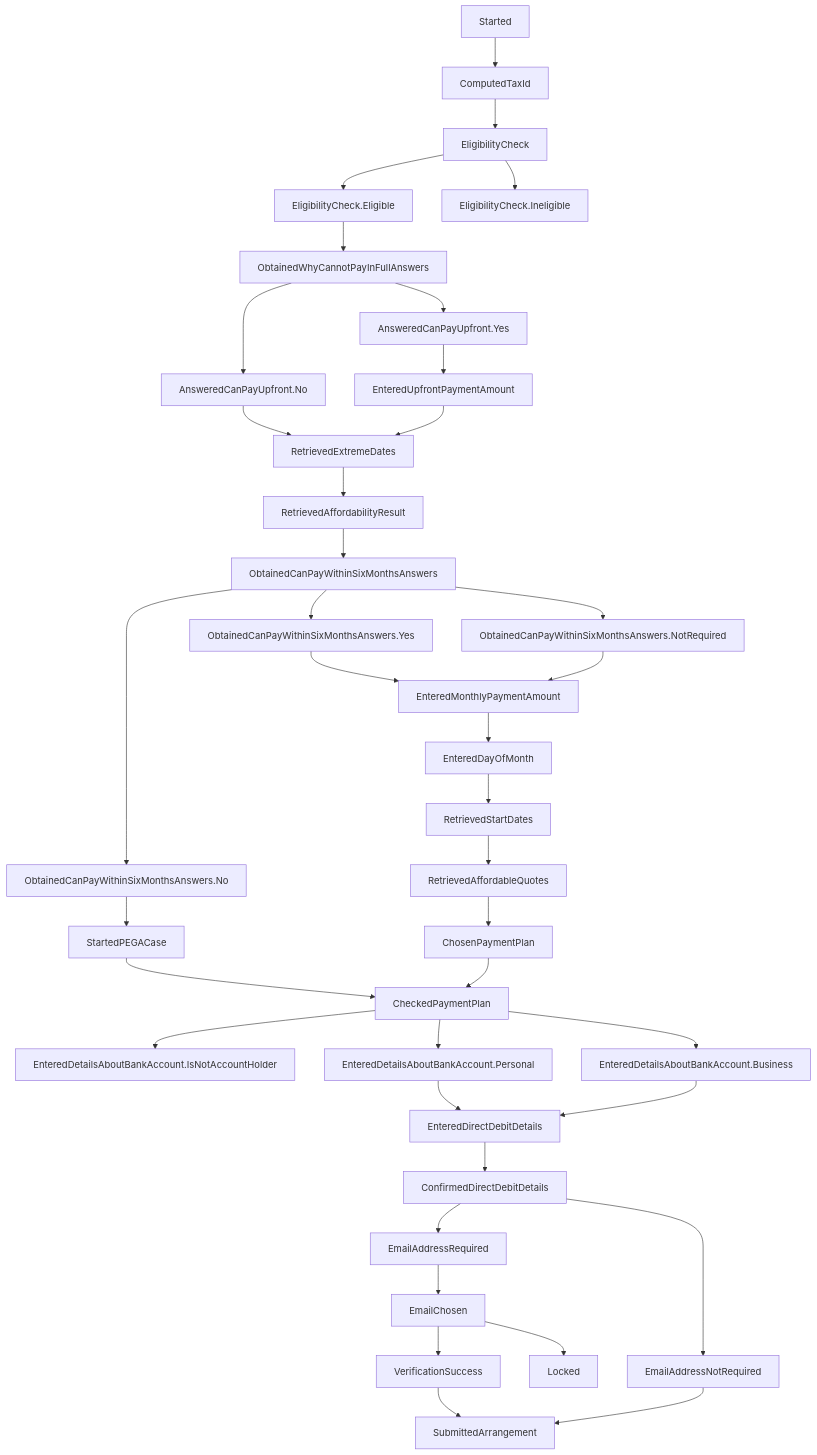
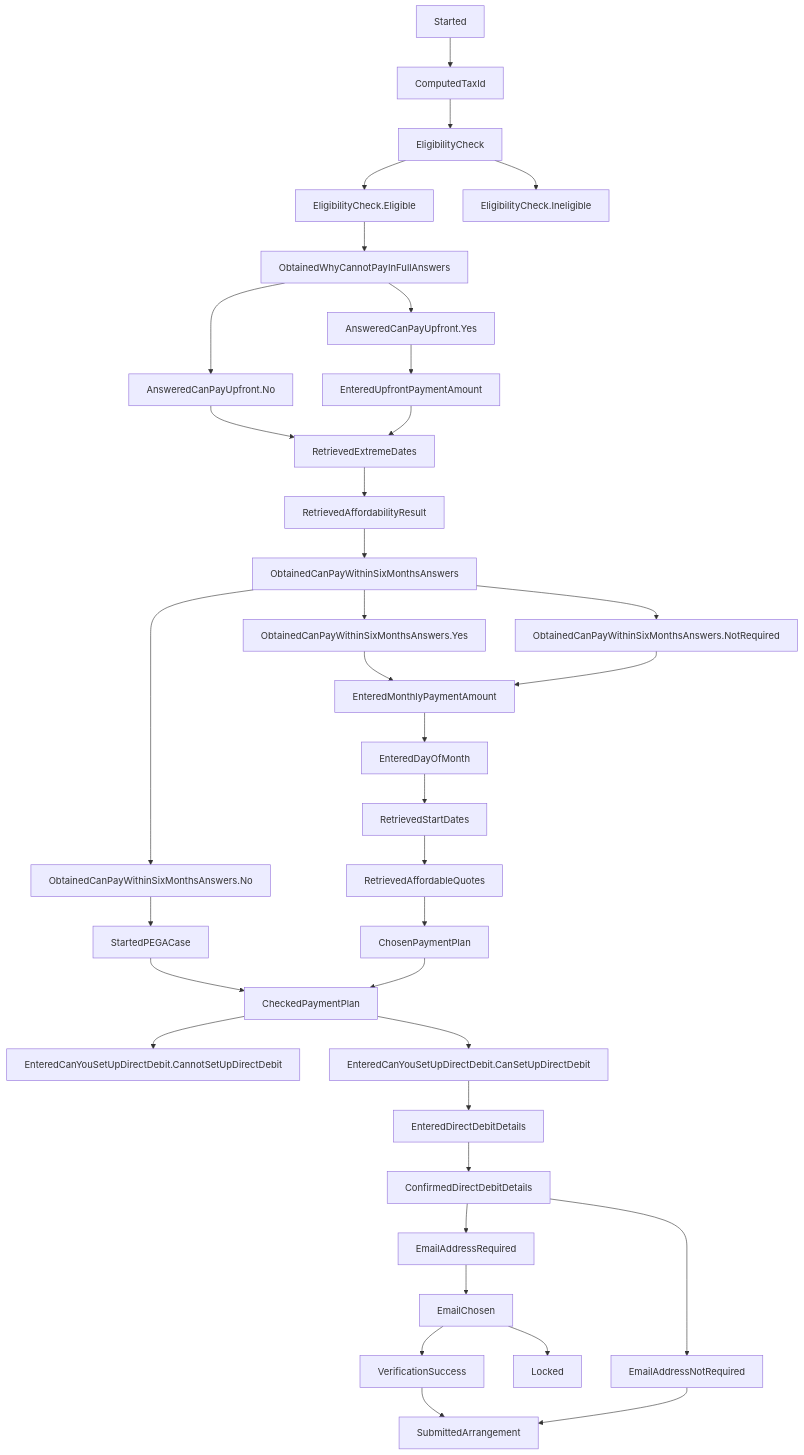
Before and after one commit to hmrc/essttp-backend: the diagram in README.md, drawn with Mermaid. The commit also changed 63 other files, not shown here.

Commit message:
[KN][OPS-12250] Changes to About your bank account pages (#181)

````diff
--- a/README.md
+++ b/README.md
@@ -38,39 +38,37 @@
 ```mermaid
 graph TD;
     Started --> ComputedTaxId;
     ComputedTaxId --> EligibilityCheck;
     EligibilityCheck --> EligibilityCheck.Eligible;
     EligibilityCheck --> EligibilityCheck.Ineligible;
     EligibilityCheck.Eligible --> ObtainedWhyCannotPayInFullAnswers;
     ObtainedWhyCannotPayInFullAnswers --> AnsweredCanPayUpfront.Yes;
     ObtainedWhyCannotPayInFullAnswers --> AnsweredCanPayUpfront.No;
     AnsweredCanPayUpfront.No --> RetrievedExtremeDates;
     AnsweredCanPayUpfront.Yes --> EnteredUpfrontPaymentAmount --> RetrievedExtremeDates;
     RetrievedExtremeDates --> RetrievedAffordabilityResult;
     RetrievedAffordabilityResult --> ObtainedCanPayWithinSixMonthsAnswers;
     ObtainedCanPayWithinSixMonthsAnswers --> ObtainedCanPayWithinSixMonthsAnswers.Yes;
     ObtainedCanPayWithinSixMonthsAnswers --> ObtainedCanPayWithinSixMonthsAnswers.No;
     ObtainedCanPayWithinSixMonthsAnswers --> ObtainedCanPayWithinSixMonthsAnswers.NotRequired;
     ObtainedCanPayWithinSixMonthsAnswers.Yes --> EnteredMonthlyPaymentAmount;
     ObtainedCanPayWithinSixMonthsAnswers.No --> StartedPEGACase;
     StartedPEGACase --> CheckedPaymentPlan;
     ObtainedCanPayWithinSixMonthsAnswers.NotRequired --> EnteredMonthlyPaymentAmount;
     EnteredMonthlyPaymentAmount --> EnteredDayOfMonth;
     EnteredDayOfMonth --> RetrievedStartDates;
     RetrievedStartDates --> RetrievedAffordableQuotes;
     RetrievedAffordableQuotes --> ChosenPaymentPlan;
     ChosenPaymentPlan --> CheckedPaymentPlan;
-    CheckedPaymentPlan --> EnteredDetailsAboutBankAccount.IsNotAccountHolder;
-    CheckedPaymentPlan --> EnteredDetailsAboutBankAccount.Personal;
-    CheckedPaymentPlan --> EnteredDetailsAboutBankAccount.Business;
-    EnteredDetailsAboutBankAccount.Personal --> EnteredDirectDebitDetails;
-    EnteredDetailsAboutBankAccount.Business --> EnteredDirectDebitDetails;
+    CheckedPaymentPlan --> EnteredCanYouSetUpDirectDebit.CannotSetUpDirectDebit;
+    CheckedPaymentPlan --> EnteredCanYouSetUpDirectDebit.CanSetUpDirectDebit;
+    EnteredCanYouSetUpDirectDebit.CanSetUpDirectDebit --> EnteredDirectDebitDetails;
     EnteredDirectDebitDetails --> ConfirmedDirectDebitDetails;
     ConfirmedDirectDebitDetails --> EmailAddressRequired;
     ConfirmedDirectDebitDetails --> EmailAddressNotRequired;
     EmailAddressRequired --> EmailChosen;
     EmailChosen --> Locked;
     EmailChosen --> VerificationSuccess;
     VerificationSuccess --> SubmittedArrangement;
     EmailAddressNotRequired --> SubmittedArrangement;
 ```
````
